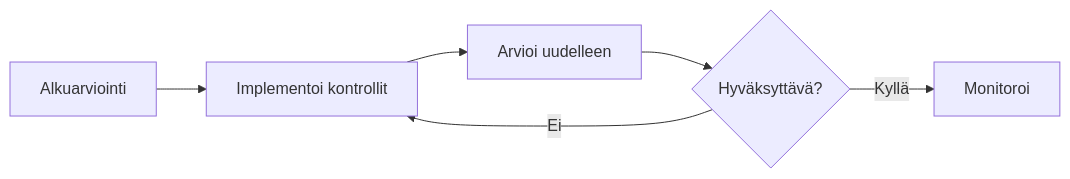
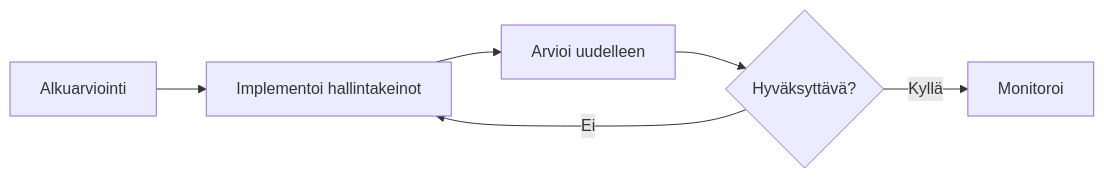
The diagram in i18n/fi/docusaurus-plugin-content-docs/current/user-guide/risks/risk-assessments.md (tekve/gover-docs), drawn with Mermaid before and after one commit. The commit also changed other lines of this file and 38 other files, not shown here.

Commit message:
Rename Kontrollit to Hallintakeinot in Finnish

````diff
--- a/i18n/fi/docusaurus-plugin-content-docs/current/user-guide/risks/risk-assessments.md
+++ b/i18n/fi/docusaurus-plugin-content-docs/current/user-guide/risks/risk-assessments.md
@@ -115,8 +115,8 @@
 ```mermaid
 flowchart LR
-    A[Alkuarviointi] --> B[Implementoi kontrollit]
+    A[Alkuarviointi] --> B[Implementoi hallintakeinot]
     B --> C[Arvioi uudelleen]
     C --> D{Hyväksyttävä?}
     D -->|Kyllä| E[Monitoroi]
     D -->|Ei| B
 ```
````
